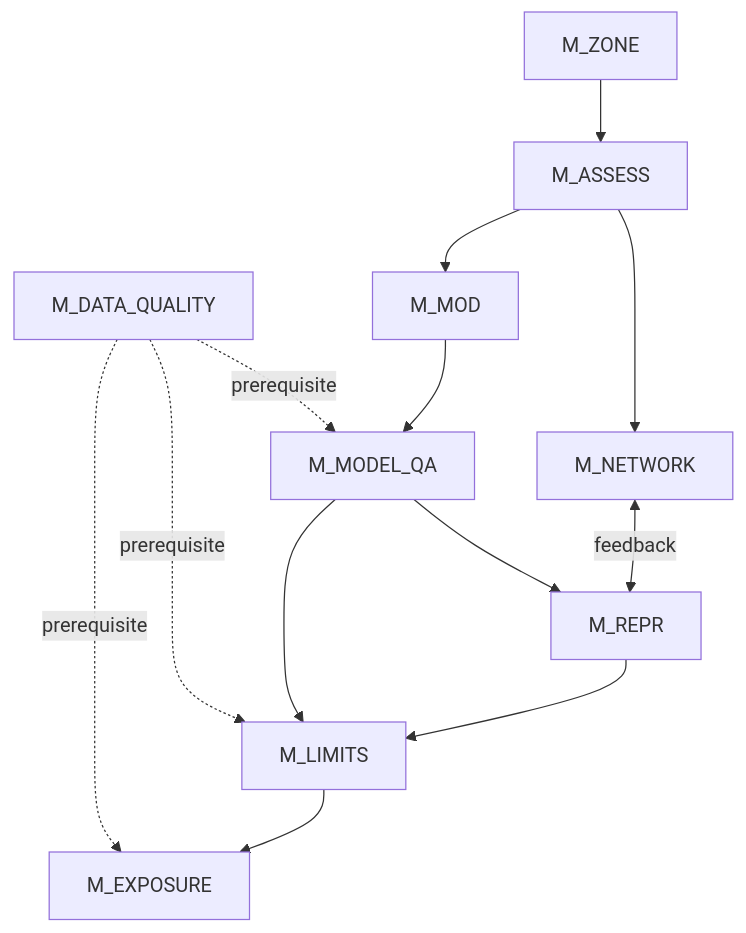
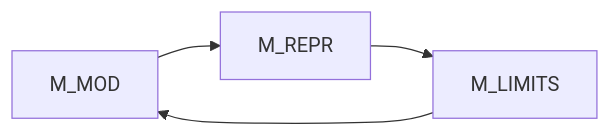
One commit to jobonaf/aq-framework-snpa changed the third of 5 diagrams in docs/en/architecture.md. Above: the diagram before and after it, drawn with Mermaid. The commit also changed other lines of this file and 2 other files, not shown here.

Commit message:
updated index.md, introduction.md, architecture.md

````diff
--- a/docs/en/architecture.md
+++ b/docs/en/architecture.md
@@ -14,15 +222,6 @@
 ```mermaid
-graph TD
-    M_ZONE --> M_ASSESS
-    M_ASSESS --> M_NETWORK
-    M_ASSESS --> M_MOD
-    M_DATA_QUALITY -.->|prerequisite| M_MODEL_QA
-    M_DATA_QUALITY -.->|prerequisite| M_LIMITS
-    M_DATA_QUALITY -.->|prerequisite| M_EXPOSURE
-    M_MOD --> M_MODEL_QA
-    M_MODEL_QA --> M_REPR
-    M_MODEL_QA --> M_LIMITS
-    M_REPR --> M_LIMITS
-    M_NETWORK <-->|feedback| M_REPR
-    M_LIMITS --> M_EXPOSURE
+graph LR
+M_MOD --> M_REPR
+M_REPR --> M_LIMITS
+M_LIMITS --> M_MOD
 ```
````
